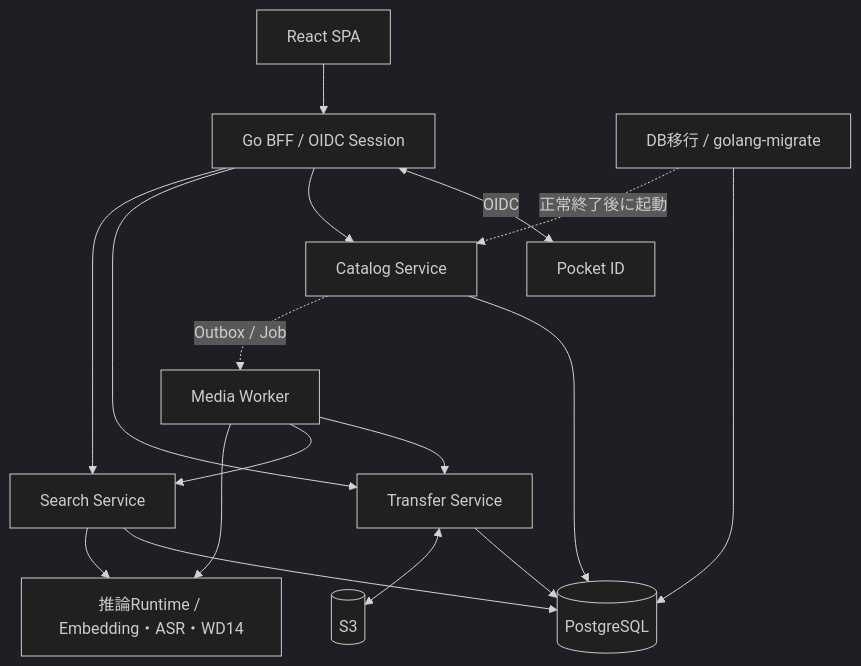
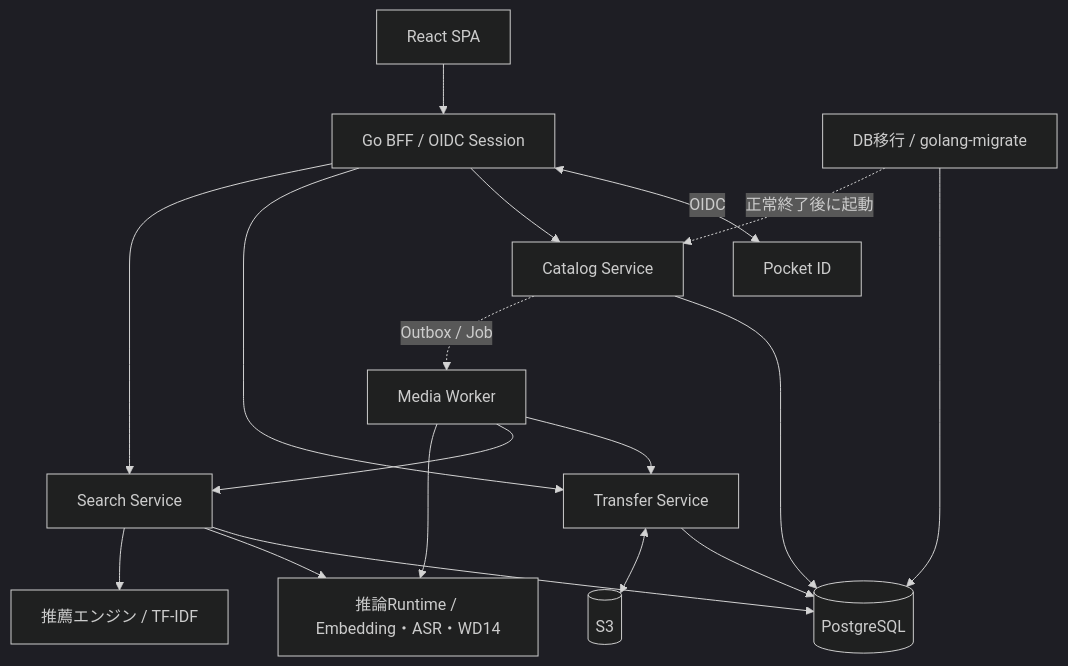
The first of 4 diagrams in media-storage-spec-v2.md (usbharu/ocms), drawn with Mermaid (dark theme) before and after one commit. The commit also changed other lines of this file and 28 other files, not shown here.

````diff
--- a/media-storage-spec-v2.md
+++ b/media-storage-spec-v2.md
@@ -67,21 +67,22 @@
 ```mermaid
 flowchart TB
     SPA[React SPA] --> BFF[Go BFF / OIDC Session]
     BFF <-->|OIDC| IDP[Pocket ID]
     BFF --> CAT[Catalog Service]
     BFF --> XFER[Transfer Service]
     BFF --> SRCH[Search Service]
 
     CAT --> PG[(PostgreSQL)]
     MIG[DB移行 / golang-migrate] --> PG
     MIG -. 正常終了後に起動 .-> CAT
     XFER --> PG
     SRCH --> PG
     XFER <--> S3[(S3)]
 
     CAT -. Outbox / Job .-> WORK[Media Worker]
     WORK --> XFER
     WORK --> SRCH
     WORK --> INF[推論Runtime / Embedding・ASR・WD14]
     SRCH --> INF
+    SRCH --> REC[推薦エンジン / TF-IDF]
 ```
````
